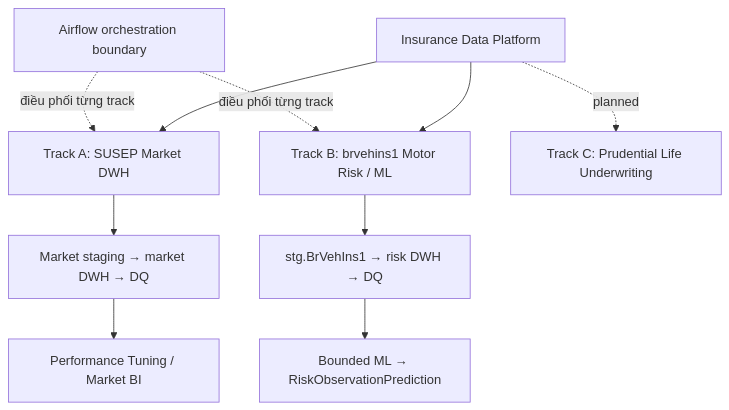
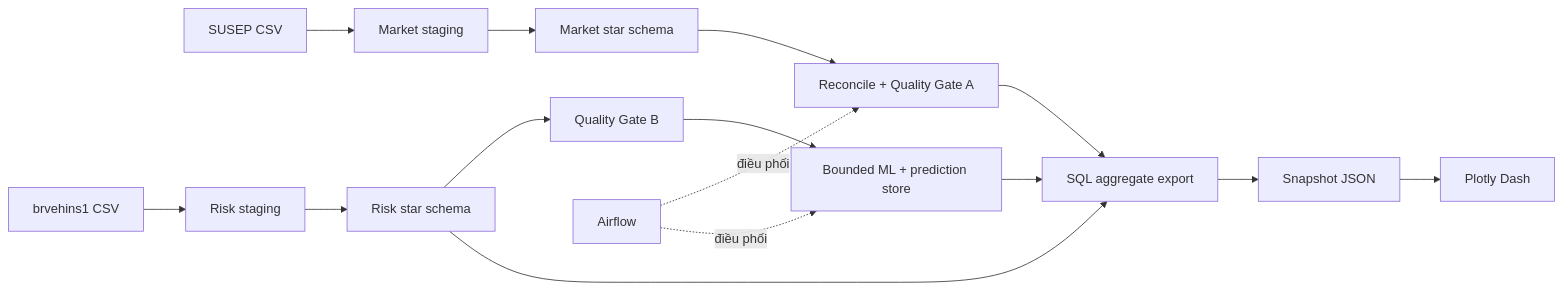
One commit to solvarhuynh/insurance-risk-intelligence-platform changed the diagram in README.md. Above: the diagram before and after it, drawn with Mermaid. The commit also changed other lines of this file and 3 other files, not shown here.

````diff
--- a/README.md
+++ b/README.md
@@ -27,15 +74,17 @@
-~~~mermaid
-flowchart TB
-    P[Insurance Data Platform]
-    P --> A[Track A: SUSEP Market DWH]
-    P --> B[Track B: brvehins1 Motor Risk / ML]
-    P -. planned .-> C[Track C: Prudential Life Underwriting]
-
-    A --> A1[Market staging → market DWH → DQ]
-    A1 --> A2[Performance Tuning / Market BI]
-    B --> B1[stg.BrVehIns1 → risk DWH → DQ]
-    B1 --> B2[Bounded ML → RiskObservationPrediction]
-
-    O[Airflow orchestration boundary] -. điều phối từng track .-> A
-    O -. điều phối từng track .-> B
-~~~
+```mermaid
+flowchart LR
+    A[SUSEP CSV] --> SA[Market staging]
+    SA --> DA[Market star schema]
+    DA --> QA[Reconcile + Quality Gate A]
+    B[brvehins1 CSV] --> SB[Risk staging]
+    SB --> DB[Risk star schema]
+    DB --> QB[Quality Gate B]
+    QB --> ML[Bounded ML + prediction store]
+    QA --> EX[SQL aggregate export]
+    DB --> EX
+    ML --> EX
+    EX --> JSON[Snapshot JSON]
+    JSON --> DASH[Plotly Dash]
+    AF[Airflow] -. điều phối .-> QA
+    AF -. điều phối .-> ML
+```
````
